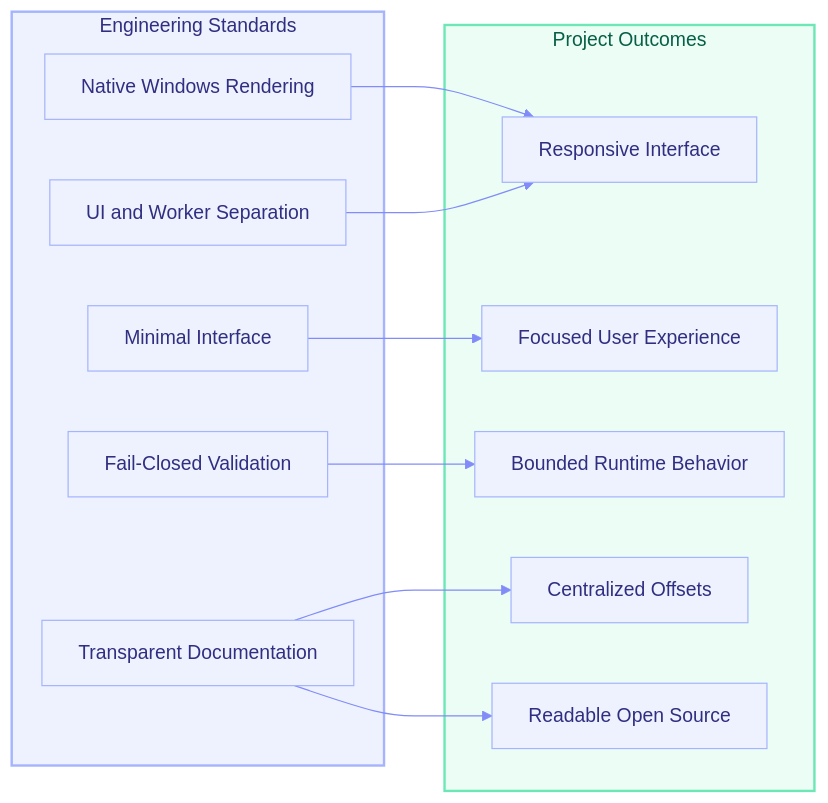
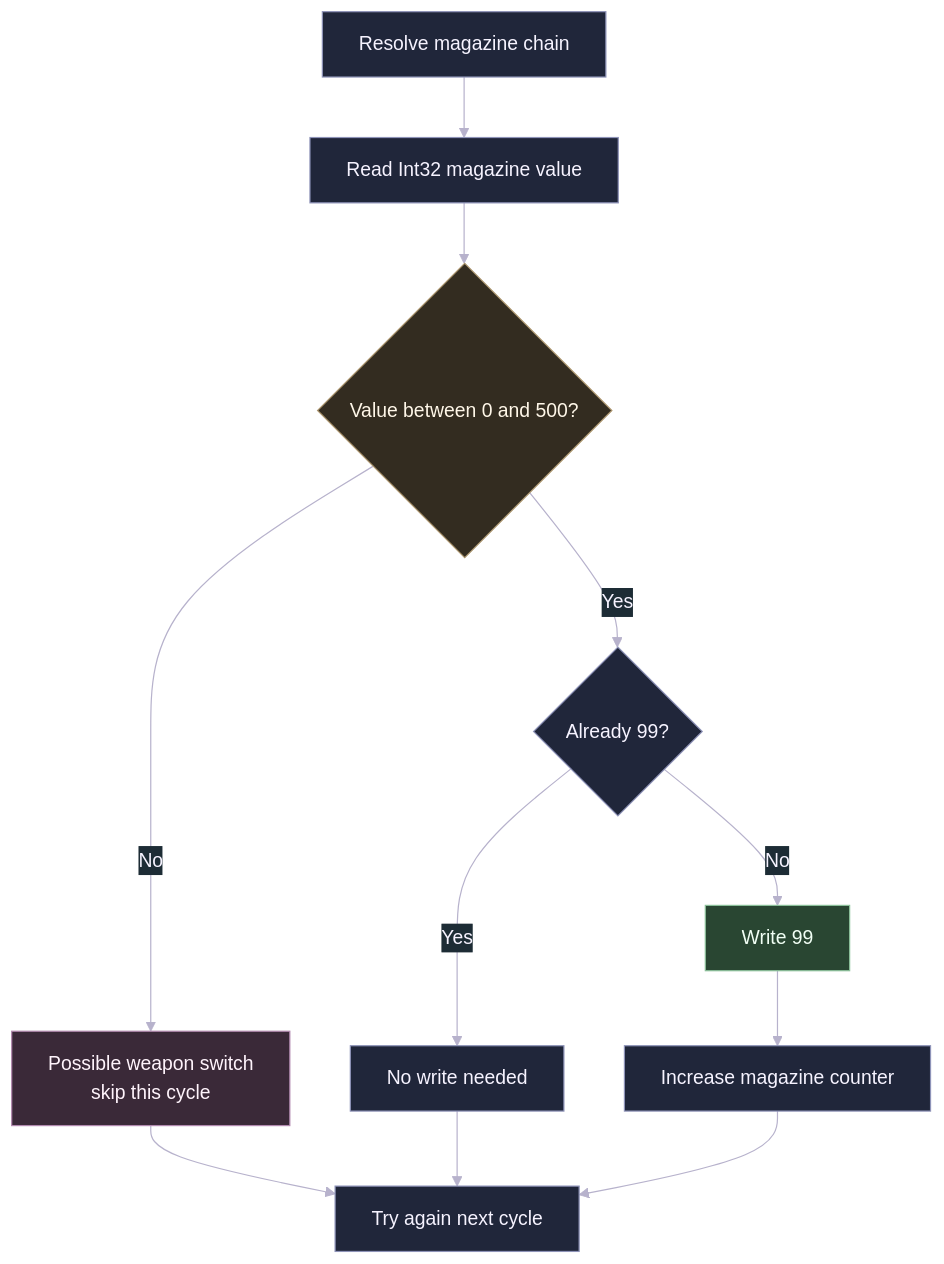
One commit to Tanishq-JM/Project-IGI-Offline-Trainer changed diagram 14 of 17 in README.md. Above: the diagram before and after it, drawn with Mermaid. The commit also changed other lines of this file, not shown here.

````diff
--- a/README.md
+++ b/README.md
@@ -1137,29 +540,19 @@
 ```mermaid
-%%{init: {'theme':'base', 'themeVariables': { 'primaryColor':'#EEF2FF','primaryTextColor':'#312E81','primaryBorderColor':'#A5B4FC','lineColor':'#818CF8','secondaryColor':'#ECFDF5','tertiaryColor':'#FDF2F8'}}}%%
-graph LR
-    subgraph Standards[Engineering Standards]
-        Minimal[Minimal Interface]
-        Native[Native Windows Rendering]
-        Separation[UI and Worker Separation]
-        Validation[Fail-Closed Validation]
-        Documentation[Transparent Documentation]
-    end
+%%{init: {'theme':'base', 'themeVariables': {'background':'#0F1117','primaryColor':'#20263A','primaryTextColor':'#F6F3FF','primaryBorderColor':'#8E93B8','lineColor':'#B7B2CC','secondaryColor':'#1D2C35','secondaryTextColor':'#F3FAFC','secondaryBorderColor':'#7E9BAA','tertiaryColor':'#342633','tertiaryTextColor':'#FFF2FB','tertiaryBorderColor':'#A17F9D','fontFamily':'Segoe UI'}}}%%
+flowchart TD
+    Resolve["Resolve magazine chain"] --> Read["Read Int32 magazine value"]
+    Read --> Valid{"Value between 0 and 500?"}
+    Valid -->|No| Transition["Possible weapon switch<br/>skip this cycle"]
+    Valid -->|Yes| Full{"Already 99?"}
+    Full -->|Yes| NoWrite["No write needed"]
+    Full -->|No| Write["Write 99"]
+    Write --> Counter["Increase magazine counter"]
+    Transition --> Retry["Try again next cycle"]
+    NoWrite --> Retry
+    Counter --> Retry
 
-    subgraph Outcomes[Project Outcomes]
-        Responsive[Responsive Interface]
-        Focused[Focused User Experience]
-        Safe[Bounded Runtime Behavior]
-        Maintainable[Centralized Offsets]
-        Auditable[Readable Open Source]
-    end
-
-    Minimal --> Focused
-    Native --> Responsive
-    Separation --> Responsive
-    Validation --> Safe
-    Documentation --> Auditable
-    Documentation --> Maintainable
-
-    style Standards fill:#EEF2FF,stroke:#A5B4FC,stroke-width:2px,color:#312E81
-    style Outcomes fill:#ECFDF5,stroke:#6EE7B7,stroke-width:2px,color:#065F46
+    style Resolve fill:#20263A,stroke:#8E93B8,color:#F6F3FF
+    style Valid fill:#332C20,stroke:#AA946D,color:#FFF7E8
+    style Transition fill:#3A2938,stroke:#B188AE,color:#FFF4FC
+    style Write fill:#294632,stroke:#8BC09A,color:#F1FFF5
 ```
````
